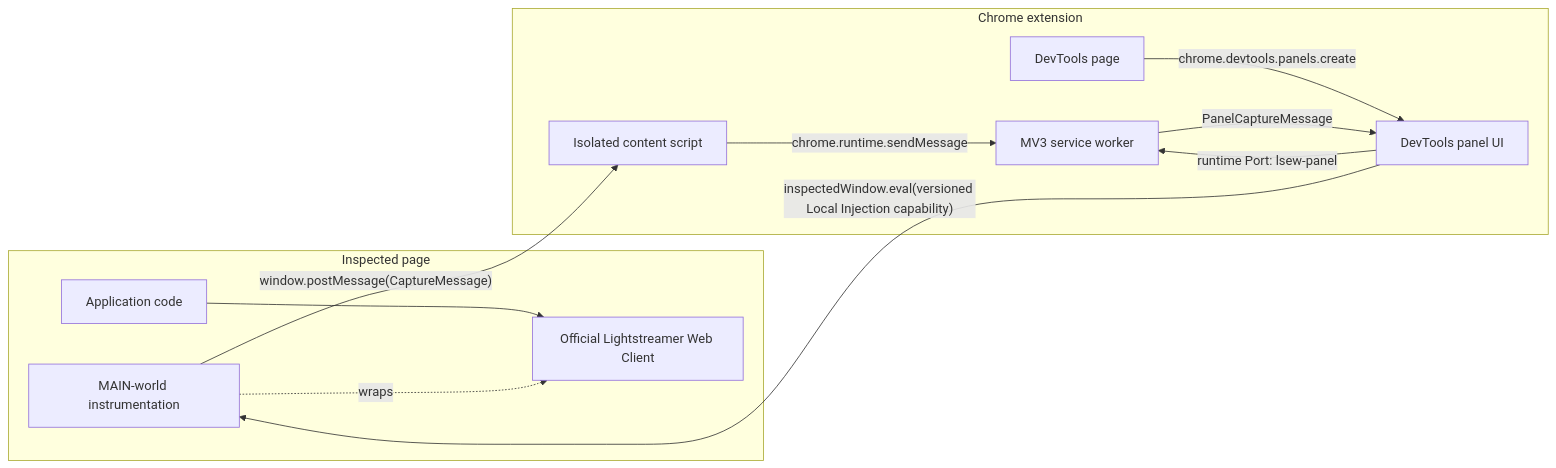
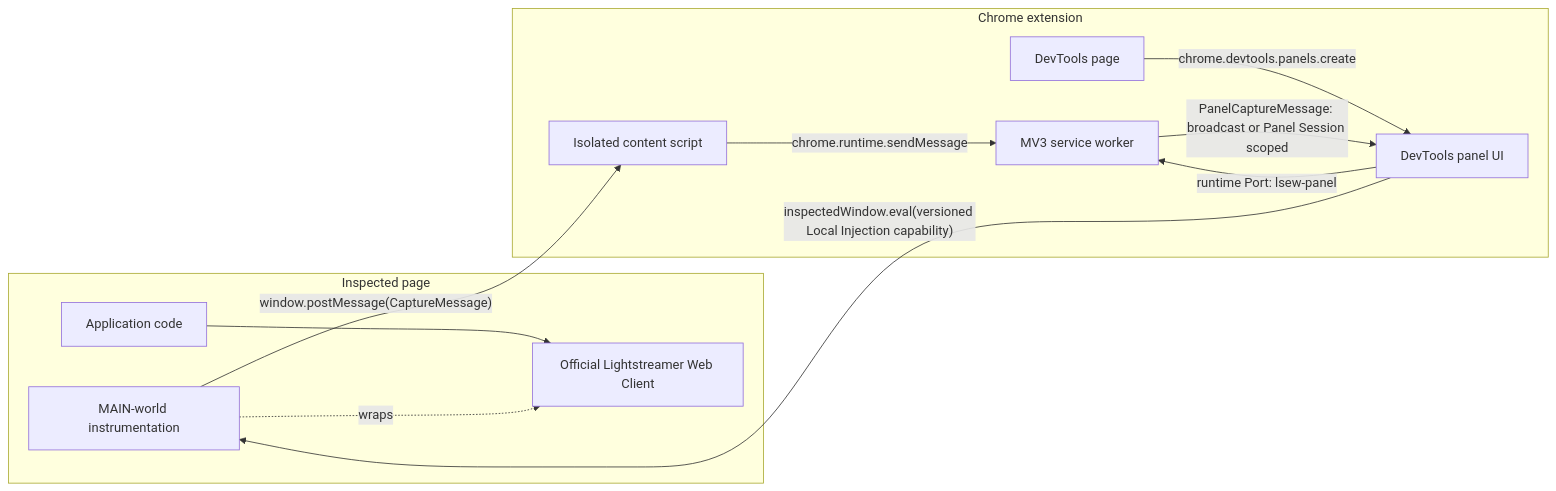
Before and after one commit to imom39a/lightstreamer-workbench-extension: the first of 7 diagrams in docs/ARCHITECTURE.md, drawn with Mermaid. The commit also changed other lines of this file and 20 other files, not shown here.

````diff
--- a/docs/ARCHITECTURE.md
+++ b/docs/ARCHITECTURE.md
@@ -52,24 +52,24 @@
 ```mermaid
 flowchart LR
   subgraph Page["Inspected page"]
     App["Application code"]
     LS["Official Lightstreamer Web Client"]
     Injected["MAIN-world instrumentation"]
   end
 
   subgraph Extension["Chrome extension"]
     Content["Isolated content script"]
     Background["MV3 service worker"]
     Devtools["DevTools page"]
     Panel["DevTools panel UI"]
   end
 
   App --> LS
   Injected -. wraps .-> LS
   Injected -- "window.postMessage(CaptureMessage)" --> Content
   Content -- "chrome.runtime.sendMessage" --> Background
   Devtools -- "chrome.devtools.panels.create" --> Panel
   Panel -- "runtime Port: lsew-panel" --> Background
-  Background -- "PanelCaptureMessage" --> Panel
+  Background -- "PanelCaptureMessage: broadcast or Panel Session scoped" --> Panel
   Panel -- "inspectedWindow.eval(versioned Local Injection capability)" --> Injected
 ```
````
